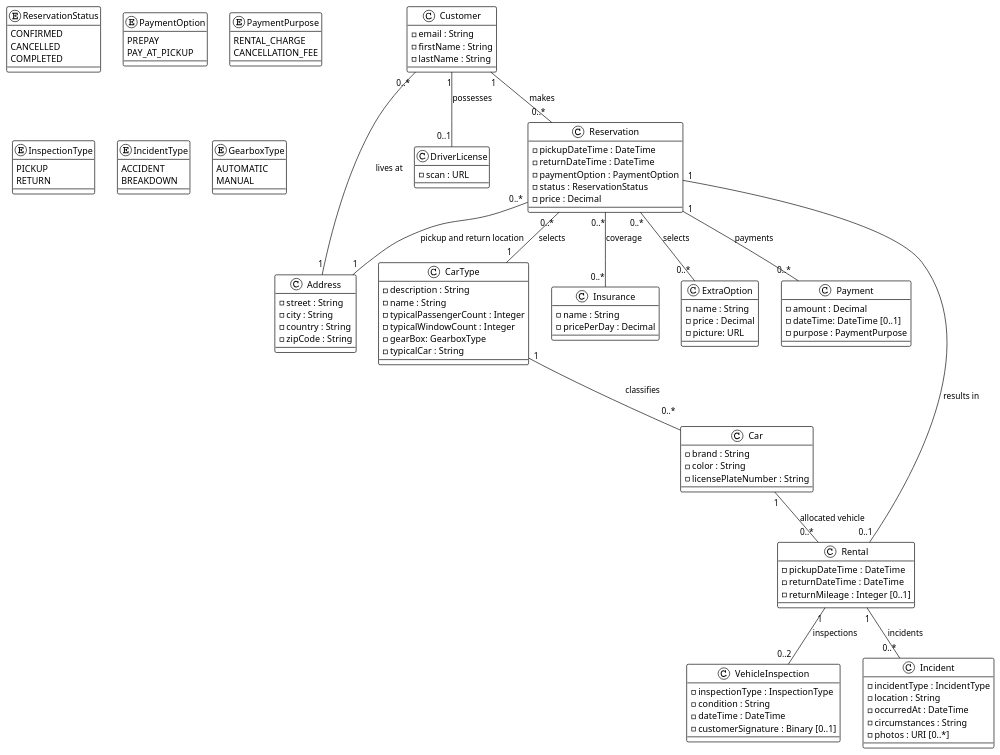
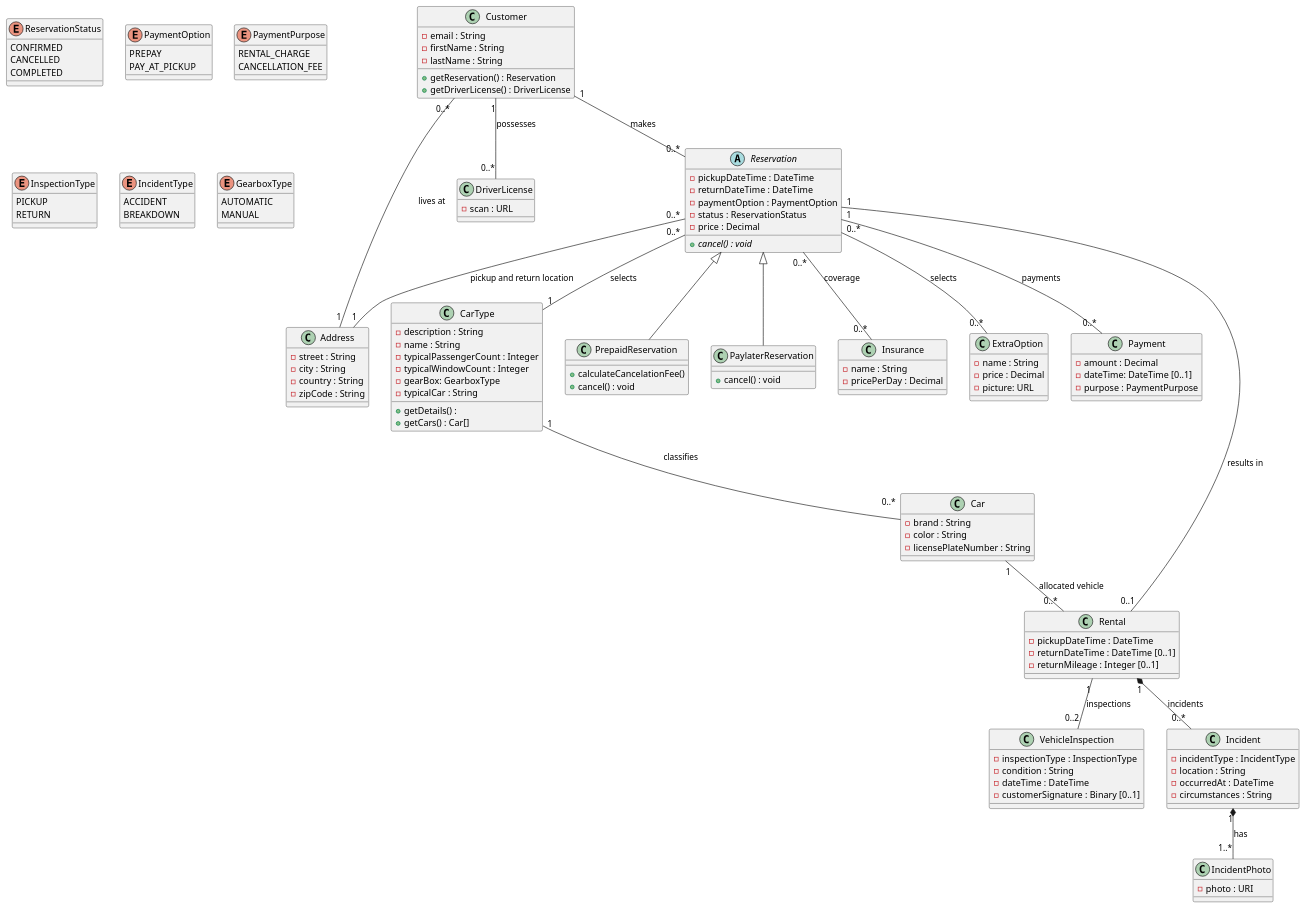
The diagram in digrams/class/class.pu (chill-cats/MIAGE-I2S-Software-Design), drawn with PlantUML before and after one commit. The commit also changed 9 other files, not shown here.

Commit message:
split sequence diagram

```diff
--- a/digrams/class/class.pu
+++ b/digrams/class/class.pu
@@ -1,149 +1,172 @@
 @startuml class
 
-!theme plain
+' !theme plain
 
 class Customer {
     - email : String
     - firstName : String
-    - lastName : String 
+    - lastName : String
+
+    + getReservation() : Reservation
+    + getDriverLicense() : DriverLicense
 }
 
 class Address {
     - street : String
     - city : String
     - country : String
     - zipCode : String
 }
 
 class DriverLicense {
     - scan : URL
 }
 
 ' class Agency {
 '     - name : String
 ' }
 
 class CarType {
     - description : String
     - name : String
     - typicalPassengerCount : Integer
     - typicalWindowCount : Integer
     - gearBox: GearboxType
     - typicalCar : String
+
+    + getDetails() :
+    + getCars() : Car[]
 }
 
 class Car {
     - brand : String
     - color : String
     - licensePlateNumber : String
 }
 
-class Reservation {
+abstract class Reservation {
     - pickupDateTime : DateTime
     - returnDateTime : DateTime
     - paymentOption : PaymentOption
     - status : ReservationStatus
     - price : Decimal
+
+    + {abstract} cancel() : void
+}
+
+class PrepaidReservation {
+    + calculateCancelationFee()
+    + cancel() : void
+}
+
+class PaylaterReservation {
+    + cancel() : void
 }
 
 
 class Insurance {
     - name : String
     - pricePerDay : Decimal
 }
 
 class ExtraOption {
     - name : String
     - price : Decimal
     - picture: URL
 }
 
 class Payment {
     - amount : Decimal
     - dateTime: DateTime [0..1]
     - purpose : PaymentPurpose
 }
 
 ' class Prepay {
 '     - payByCreditCard()
 ' }
 
 ' class PayLater {
 ' }
 
 ' Payment <|-- Prepay
 ' Payment <|-- PayLater
 
 class Rental {
     - pickupDateTime : DateTime
-    - returnDateTime : DateTime
+    - returnDateTime : DateTime [0..1]
     - returnMileage : Integer [0..1]
 }
 
 class VehicleInspection {
     - inspectionType : InspectionType
     - condition : String
     - dateTime : DateTime
     - customerSignature : Binary [0..1]
 }
 
 class Incident {
     - incidentType : IncidentType
     - location : String
     - occurredAt : DateTime
     - circumstances : String
-    - photos : URI [0..*]
+}
+
+class IncidentPhoto {
+    - photo : URI
 }
 
 enum ReservationStatus {
     CONFIRMED
     CANCELLED
     COMPLETED
 }
 
 enum PaymentOption {
     PREPAY
     PAY_AT_PICKUP
 }
 
 enum PaymentPurpose {
     RENTAL_CHARGE
     CANCELLATION_FEE
 }
 
 enum InspectionType {
     PICKUP
     RETURN
 }
 
 enum IncidentType {
   ACCIDENT
   BREAKDOWN
 }
 
 enum GearboxType {
     AUTOMATIC
     MANUAL
 }
 
 Customer "0..*" -- "1" Address : lives at
 Customer "1" -- "0..*" Reservation : makes
-Customer "1" -- "0..1" DriverLicense : possesses
+Customer "1" -- "0..*" DriverLicense : possesses
 
 Reservation "0..*" -- "1" CarType : selects
 Reservation "1" -- "0..1" Rental : results in
 Reservation "0..*" -- "1" Address : pickup and return location
 Reservation "0..*" -- "0..*" Insurance : coverage
 Reservation "0..*" -- "0..*" ExtraOption : selects
 Reservation "1" -- "0..*" Payment : payments
 
 Rental "1" -- "0..2" VehicleInspection : inspections
-Rental "1" -- "0..*" Incident : incidents
+Rental "1" *-- "0..*" Incident : incidents
+
+Incident "1" *-- "1..*" IncidentPhoto : has
 
 Car "1" -- "0..*" Rental : allocated vehicle
 CarType "1" -- "0..*\n" Car : classifies \n
 
-
+Reservation <|-- PaylaterReservation
+Reservation <|-- PrepaidReservation
 
 
 @enduml
```
